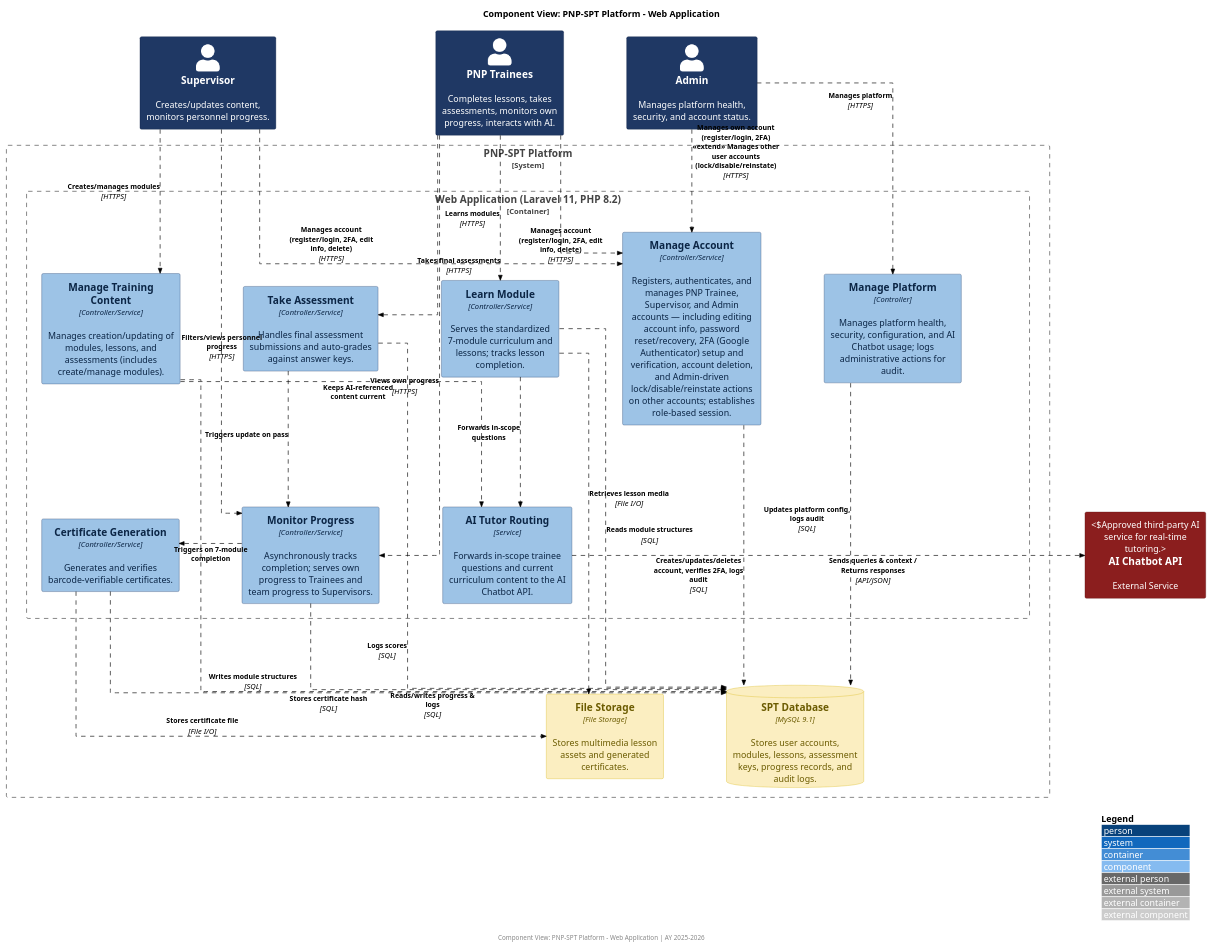
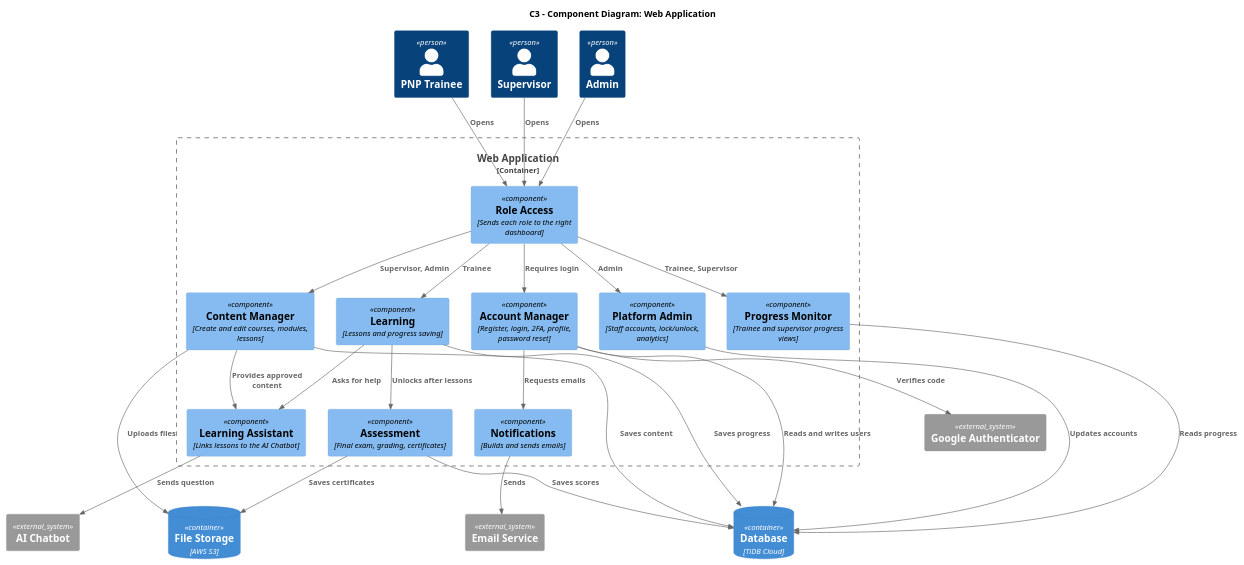
One commit to APC-SoCIT/APC-2026-2027-T1-IT241-Grp4-PNP-SPT-Platform changed the diagram in docs/MSYADD1/c3_component.puml. Above: the diagram before and after it, drawn with PlantUML. The commit also changed 7 other files, not shown here.

Commit message:
updated c1 - c4  diagram

```diff
--- a/docs/MSYADD1/c3_component.puml
+++ b/docs/MSYADD1/c3_component.puml
@@ -1,103 +1,56 @@
-@startuml
-!include https://raw.githubusercontent.com/plantuml-stdlib/C4-PlantUML/master/C4_Component.puml
+@startuml C3_Component
+!include <C4/C4_Component>
 
-AddRelTag("sync", $textColor="black", $lineColor="black", $lineStyle = DashedLine())
+title C3 - Component Diagram: Web Application
 
-LAYOUT_WITH_LEGEND()
-LAYOUT_TOP_DOWN()
-skinparam linetype ortho
-skinparam nodesep 100
-skinparam ranksep 130
-skinparam componentFontSize 13
-skinparam ArrowFontSize 11
-skinparam wrapWidth 200
-skinparam shadowing false
-skinparam defaultTextAlignment center
+Person(trainee, "PNP Trainee")
+Person(supervisor, "Supervisor")
+Person(admin, "Admin")
 
-' ===== Color styling (visual only — no content changes) =====
-UpdateElementStyle("person", $bgColor="1F3864", $fontColor="white", $borderColor="0B1E42")
-UpdateElementStyle("system", $bgColor="D6E9F8", $fontColor="1F3864", $borderColor="4E86C6")
-UpdateElementStyle("container", $bgColor="FBEEC1", $fontColor="6B5B00", $borderColor="D4B106")
-UpdateElementStyle("component", $bgColor="9DC3E6", $fontColor="0B2545", $borderColor="1F3864")
-UpdateElementStyle("external_system", $bgColor="8B1E1E", $fontColor="white", $borderColor="5C1010")
+ContainerDb(db, "Database", "TiDB Cloud")
+ContainerDb(files, "File Storage", "AWS S3")
+System_Ext(chatbot, "AI Chatbot")
+System_Ext(email, "Email Service")
+System_Ext(auth, "Google Authenticator")
 
-title Component View: PNP-SPT Platform - Web Application
-
-Person(supervisor, "Supervisor", "Creates/updates content, monitors personnel progress.")
-Person(trainee, "PNP Trainees", "Completes lessons, takes assessments, monitors own progress, interacts with AI.")
-Person(admin, "Admin", "Manages platform health, security, and account status.")
-
-System_Boundary(SPTSystem, "PNP-SPT Platform") {
-
-    Container_Boundary(webapp, "Web Application (Laravel 11, PHP 8.2)") {
-        ' Row 1 - centered around Manage Account
-        Component(contentComp, "Manage Training Content", "Controller/Service", "Manages creation/updating of modules, lessons, and assessments (includes create/manage modules).")
-        Component(moduleComp, "Learn Module", "Controller/Service", "Serves the standardized 7-module curriculum and lessons; tracks lesson completion.")
-        Component(authComp, "Manage Account", "Controller/Service", "Registers, authenticates, and manages PNP Trainee, Supervisor, and Admin accounts — including editing account info, password reset/recovery, 2FA (Google Authenticator) setup and verification, account deletion, and Admin-driven lock/disable/reinstate actions on other accounts; establishes role-based session.")
-        Component(assessComp, "Take Assessment", "Controller/Service", "Handles final assessment submissions and auto-grades against answer keys.")
-        Component(platformComp, "Manage Platform", "Controller", "Manages platform health, security, configuration, and AI Chatbot usage; logs administrative actions for audit.")
-
-        ' Row 2 - processing logic
-        Component(progressComp, "Monitor Progress", "Controller/Service", "Asynchronously tracks completion; serves own progress to Trainees and team progress to Supervisors.")
-        Component(certComp, "Certificate Generation", "Controller/Service", "Generates and verifies barcode-verifiable certificates.")
-        Component(aiComp, "AI Tutor Routing", "Service", "Forwards in-scope trainee questions and current curriculum content to the AI Chatbot API.")
-    }
-
-    ContainerDb(database, "SPT Database", "MySQL 9.1", "Stores user accounts, modules, lessons, assessment keys, progress records, and audit logs.")
-    Container(fileStorage, "File Storage", "File Storage", "Stores multimedia lesson assets and generated certificates.")
+Container_Boundary(web, "Web Application") {
+    Component(account, "Account Manager", "Register, login, 2FA, profile, password reset")
+    Component(access, "Role Access", "Sends each role to the right dashboard")
+    Component(learn, "Learning", "Lessons and progress saving")
+    Component(assess, "Assessment", "Final exam, grading, certificates")
+    Component(monitor, "Progress Monitor", "Trainee and supervisor progress views")
+    Component(content, "Content Manager", "Create and edit courses, modules, lessons")
+    Component(platform, "Platform Admin", "Staff accounts, lock/unlock, analytics")
+    Component(assistant, "Learning Assistant", "Links lessons to the AI Chatbot")
+    Component(notify, "Notifications", "Builds and sends emails")
 }
 
-System_Ext(aiChatbot, "AI Chatbot API", "External Service", "Approved third-party AI service for real-time tutoring.")
+Rel(trainee, access, "Opens")
+Rel(supervisor, access, "Opens")
+Rel(admin, access, "Opens")
 
-' ===== Force row alignment =====
-Lay_R(supervisor, trainee)
-Lay_R(trainee, admin)
+Rel(access, account, "Requires login")
+Rel(access, learn, "Trainee")
+Rel(access, monitor, "Trainee, Supervisor")
+Rel(access, content, "Supervisor, Admin")
+Rel(access, platform, "Admin")
 
-Lay_R(contentComp, moduleComp)
-Lay_R(moduleComp, authComp)
-Lay_R(authComp, assessComp)
-Lay_R(assessComp, platformComp)
-Lay_D(trainee, authComp)
+Rel(learn, assess, "Unlocks after lessons")
+Rel(learn, assistant, "Asks for help")
+Rel(assistant, chatbot, "Sends question")
+Rel(content, assistant, "Provides approved content")
 
-Lay_R(progressComp, certComp)
-Lay_R(certComp, aiComp)
+Rel(account, auth, "Verifies code")
+Rel(account, notify, "Requests emails")
+Rel(notify, email, "Sends")
 
-Lay_D(webapp, database)
-Lay_R(database, fileStorage)
-
-' ===== Actors into system: Manage Account (all three converge center) =====
-Rel_D(trainee, authComp, "Manages account (register/login, 2FA, edit info, delete)", "HTTPS", $tags="sync")
-Rel(supervisor, authComp, "Manages account (register/login, 2FA, edit info, delete)", "HTTPS", $tags="sync")
-Rel(admin, authComp, "Manages own account (register/login, 2FA)\n<<extend>> Manages other user accounts (lock/disable/reinstate)", "HTTPS", $tags="sync")
-
-' ===== Actors into their primary feature =====
-Rel_D(supervisor, contentComp, "Creates/manages modules", "HTTPS", $tags="sync")
-Rel_D(trainee, moduleComp, "Learns modules", "HTTPS", $tags="sync")
-Rel_D(trainee, assessComp, "Takes final assessments", "HTTPS", $tags="sync")
-Rel_D(admin, platformComp, "Manages platform", "HTTPS", $tags="sync")
-Rel(trainee, progressComp, "Views own progress", "HTTPS", $tags="sync")
-Rel(supervisor, progressComp, "Filters/views personnel progress", "HTTPS", $tags="sync")
-
-' ===== Internal component flow =====
-Rel_D(moduleComp, aiComp, "Forwards in-scope questions", $tags="sync")
-Rel(contentComp, aiComp, "Keeps AI-referenced content current", $tags="sync")
-Rel_D(assessComp, progressComp, "Triggers update on pass", $tags="sync")
-Rel_R(progressComp, certComp, "Triggers on 7-module completion", $tags="sync")
-
-' ===== Component to database/storage =====
-Rel_D(authComp, database, "Creates/updates/deletes account, verifies 2FA, logs audit", "SQL", $tags="sync")
-Rel_D(contentComp, database, "Writes module structures", "SQL", $tags="sync")
-Rel_D(moduleComp, database, "Reads module structures", "SQL", $tags="sync")
-Rel_D(moduleComp, fileStorage, "Retrieves lesson media", "File I/O", $tags="sync")
-Rel_D(assessComp, database, "Logs scores", "SQL", $tags="sync")
-Rel_D(platformComp, database, "Updates platform config, logs audit", "SQL", $tags="sync")
-Rel_D(progressComp, database, "Reads/writes progress & logs", "SQL", $tags="sync")
-Rel_D(certComp, database, "Stores certificate hash", "SQL", $tags="sync")
-Rel_D(certComp, fileStorage, "Stores certificate file", "File I/O", $tags="sync")
-
-' ===== External AI =====
-Rel_R(aiComp, aiChatbot, "Sends queries & context / Returns responses", "API/JSON", $tags="sync")
-
-footer Component View: PNP-SPT Platform - Web Application | AY 2025-2026
+Rel(learn, db, "Saves progress")
+Rel(assess, db, "Saves scores")
+Rel(monitor, db, "Reads progress")
+Rel(account, db, "Reads and writes users")
+Rel(platform, db, "Updates accounts")
+Rel(content, db, "Saves content")
+Rel(content, files, "Uploads files")
+Rel(assess, files, "Saves certificates")
 
 @enduml
```
